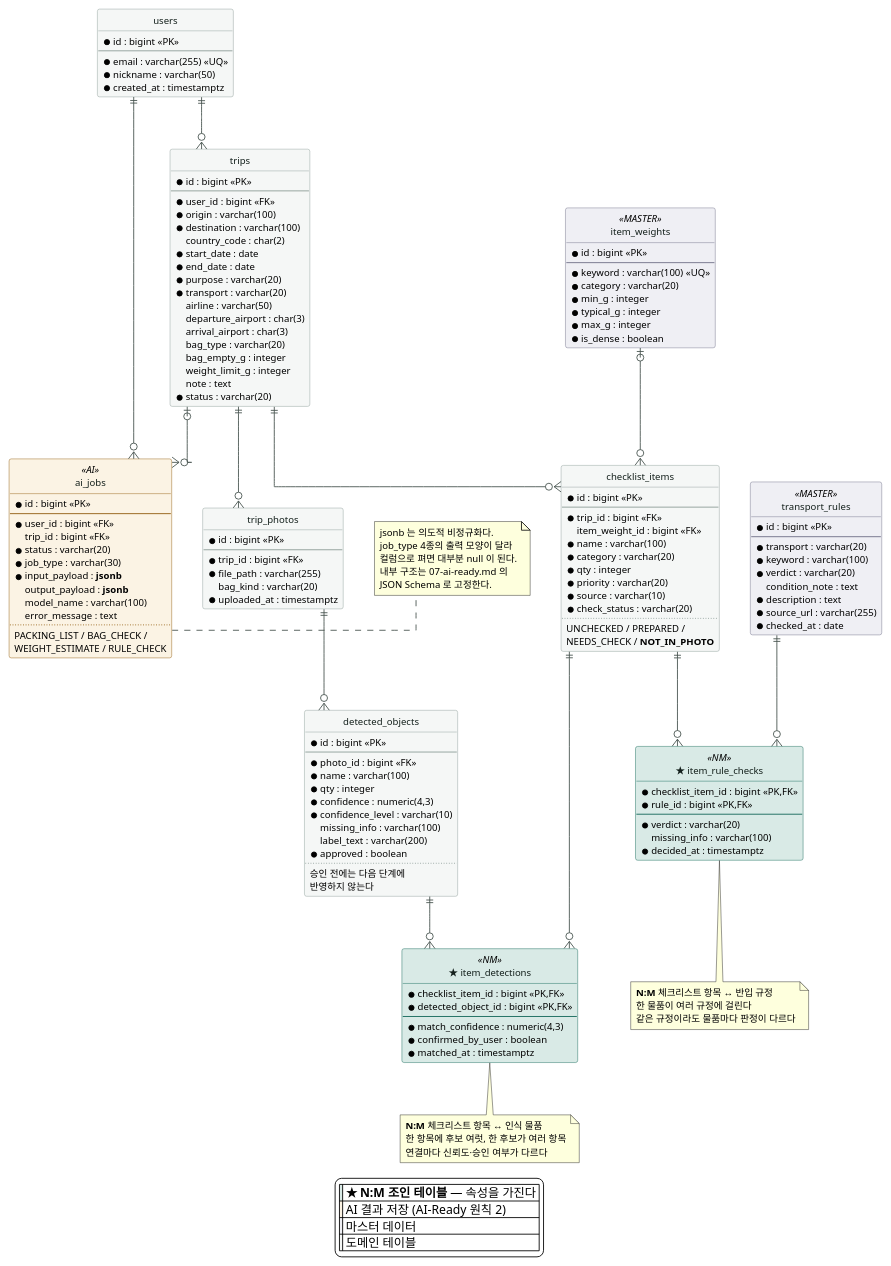
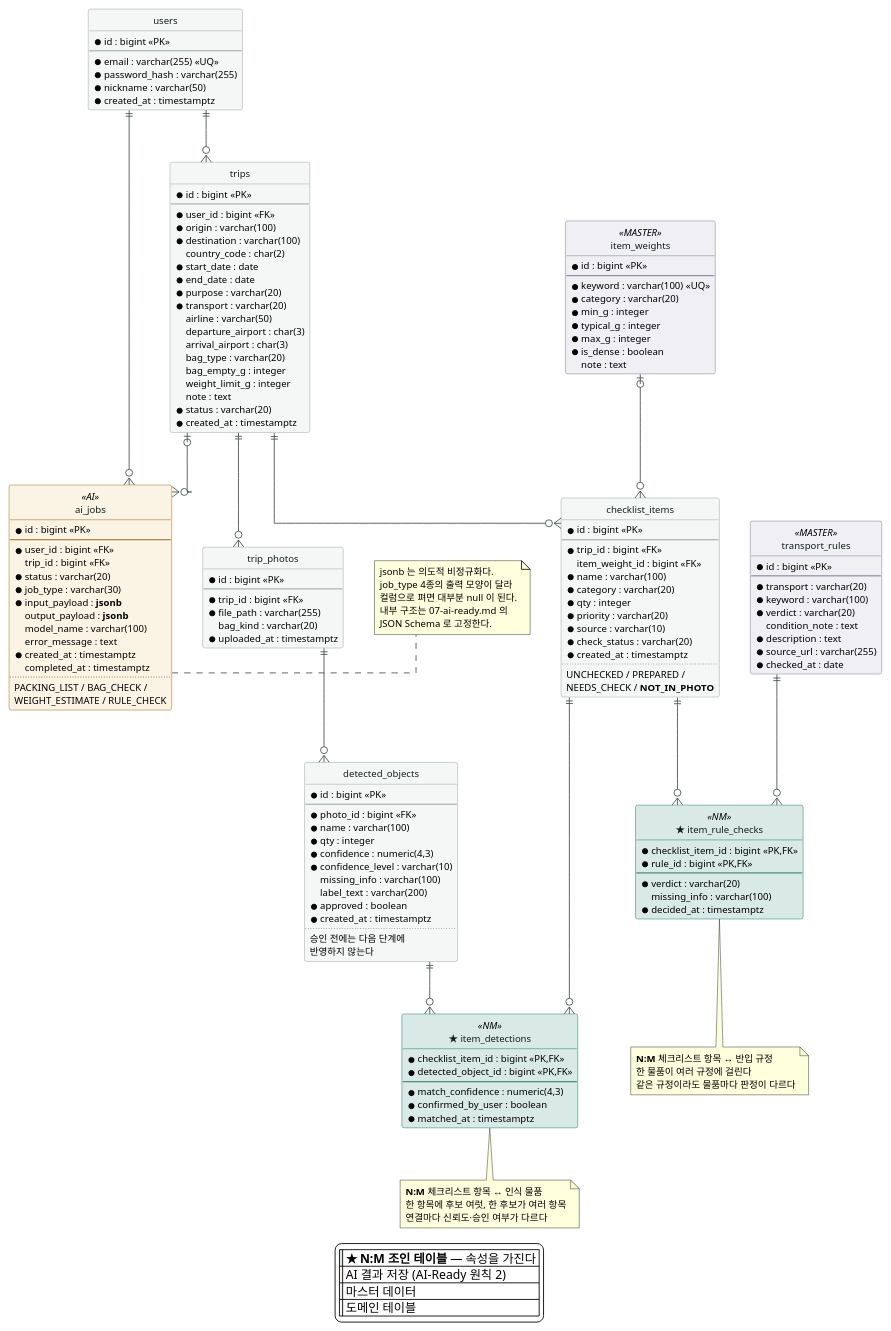
One commit to SangMyeong5426/skala-mini-ai-web-service changed the diagram in docs/images/05-erd.puml. Above: the diagram before and after it, drawn with PlantUML. The commit also changed 10 other files, not shown here.

First line of the commit message:
docs(db): users 에 password_hash 를 두고 인증 범위 서술을 맞춘다 (#34)

```diff
--- a/docs/images/05-erd.puml
+++ b/docs/images/05-erd.puml
@@ -31,6 +31,7 @@
   * id : bigint <<PK>>
   --
   * email : varchar(255) <<UQ>>
+  * password_hash : varchar(255)
   * nickname : varchar(50)
   * created_at : timestamptz
 }
@@ -54,6 +55,7 @@
   weight_limit_g : integer
   note : text
   * status : varchar(20)
+  * created_at : timestamptz
 }
 
 entity "checklist_items" as items {
@@ -67,6 +69,7 @@
   * priority : varchar(20)
   * source : varchar(10)
   * check_status : varchar(20)
+  * created_at : timestamptz
   ..
   UNCHECKED / PREPARED /
   NEEDS_CHECK / **NOT_IN_PHOTO**
@@ -92,6 +95,7 @@
   missing_info : varchar(100)
   label_text : varchar(200)
   * approved : boolean
+  * created_at : timestamptz
   ..
   승인 전에는 다음 단계에
   반영하지 않는다
@@ -136,6 +140,7 @@
   * typical_g : integer
   * max_g : integer
   * is_dense : boolean
+  note : text
 }
 
 entity "ai_jobs" as jobs <<AI>> {
@@ -149,6 +154,8 @@
   output_payload : **jsonb**
   model_name : varchar(100)
   error_message : text
+  * created_at : timestamptz
+  completed_at : timestamptz
   ..
   PACKING_LIST / BAG_CHECK /
   WEIGHT_ESTIMATE / RULE_CHECK
```
